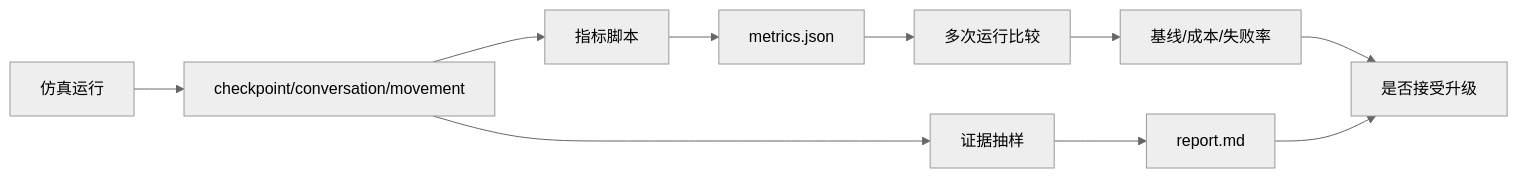
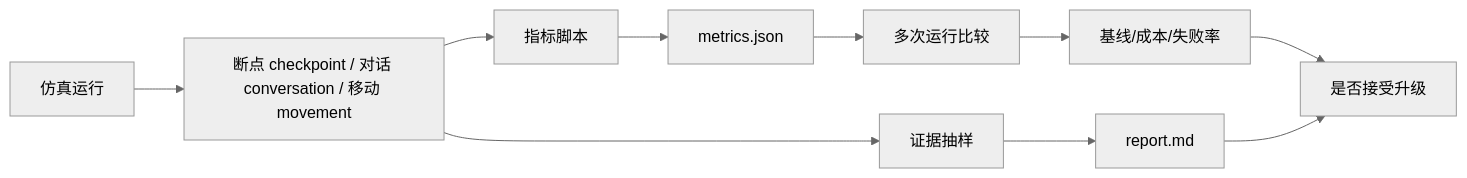
One commit to tbkken/GenerativeAgentsCN changed the first of 6 diagrams in docs/book/manuscript/part_05/chapter_37.md. Above: the diagram before and after it, drawn with Mermaid (neutral theme). The commit also changed other lines of this file and 47 other files, not shown here.

````diff
--- a/docs/book/manuscript/part_05/chapter_37.md
+++ b/docs/book/manuscript/part_05/chapter_37.md
@@ -36,12 +36,12 @@
 ```mermaid
 flowchart LR
-    Run[仿真运行] --> Data[checkpoint/conversation/movement]
+    Run[仿真运行] --> Data[断点 checkpoint / 对话 conversation / 移动 movement]
     Data --> Metrics[指标脚本]
     Metrics --> JSON[metrics.json]
     Data --> Evidence[证据抽样]
     Evidence --> Report[report.md]
     JSON --> Compare[多次运行比较]
     Compare --> Baseline[基线/成本/失败率]
     Baseline --> Decision[是否接受升级]
     Report --> Decision
 ```
````
